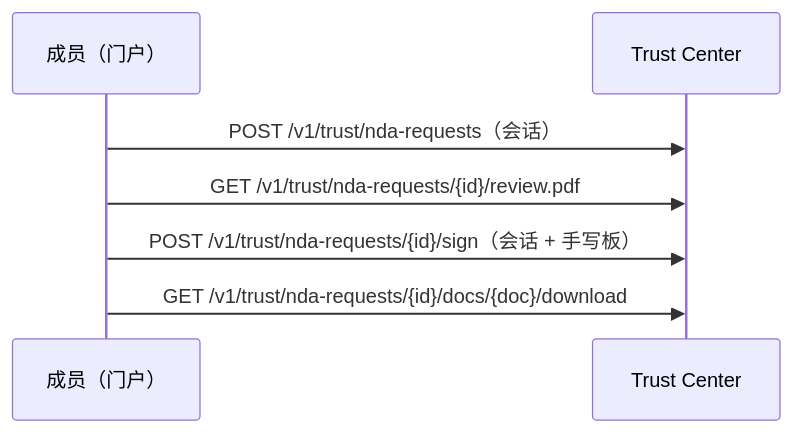
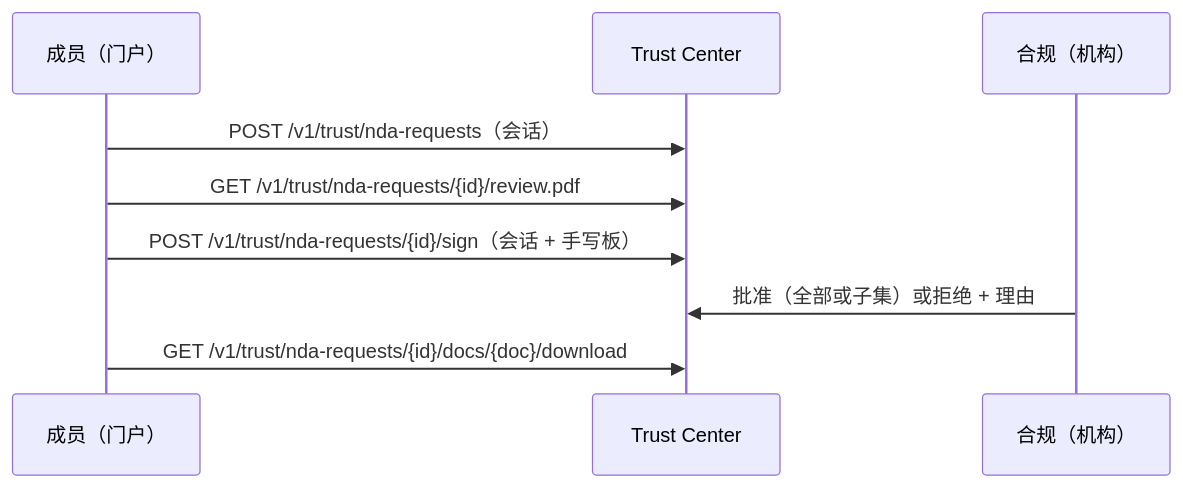
Before and after one commit to CBpayapp/cbpay-docs: the diagram in zh/guides/trust-center-nda.mdx, drawn with Mermaid. The commit also changed other lines of this file and 14 other files, not shown here.

Commit message:
docs: publish Trust Center review flow (v2.190) (#175)

````diff
--- a/zh/guides/trust-center-nda.mdx
+++ b/zh/guides/trust-center-nda.mdx
@@ -19,9 +19,11 @@
 ```mermaid
 sequenceDiagram
   participant M as 成员（门户）
   participant T as Trust Center
+  participant C as 合规（机构）
   M->>T: POST /v1/trust/nda-requests（会话）
   M->>T: GET /v1/trust/nda-requests/{id}/review.pdf
   M->>T: POST /v1/trust/nda-requests/{id}/sign（会话 + 手写板）
+  C->>T: 批准（全部或子集）或拒绝 + 理由
   M->>T: GET /v1/trust/nda-requests/{id}/docs/{doc}/download
 ```
````
